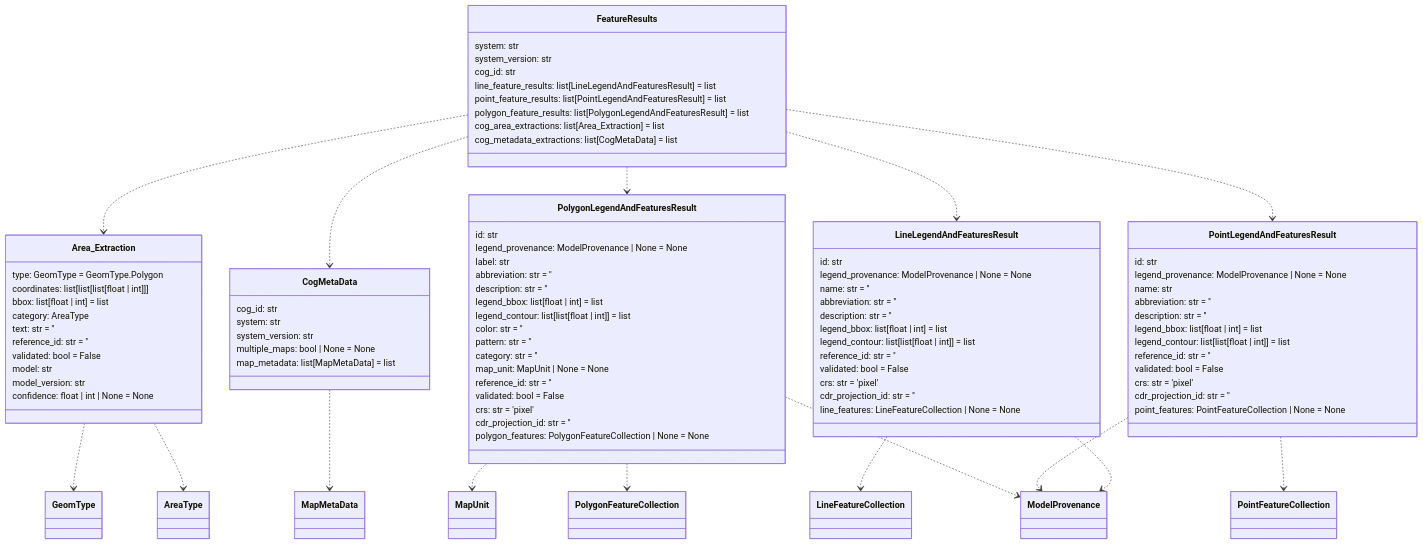
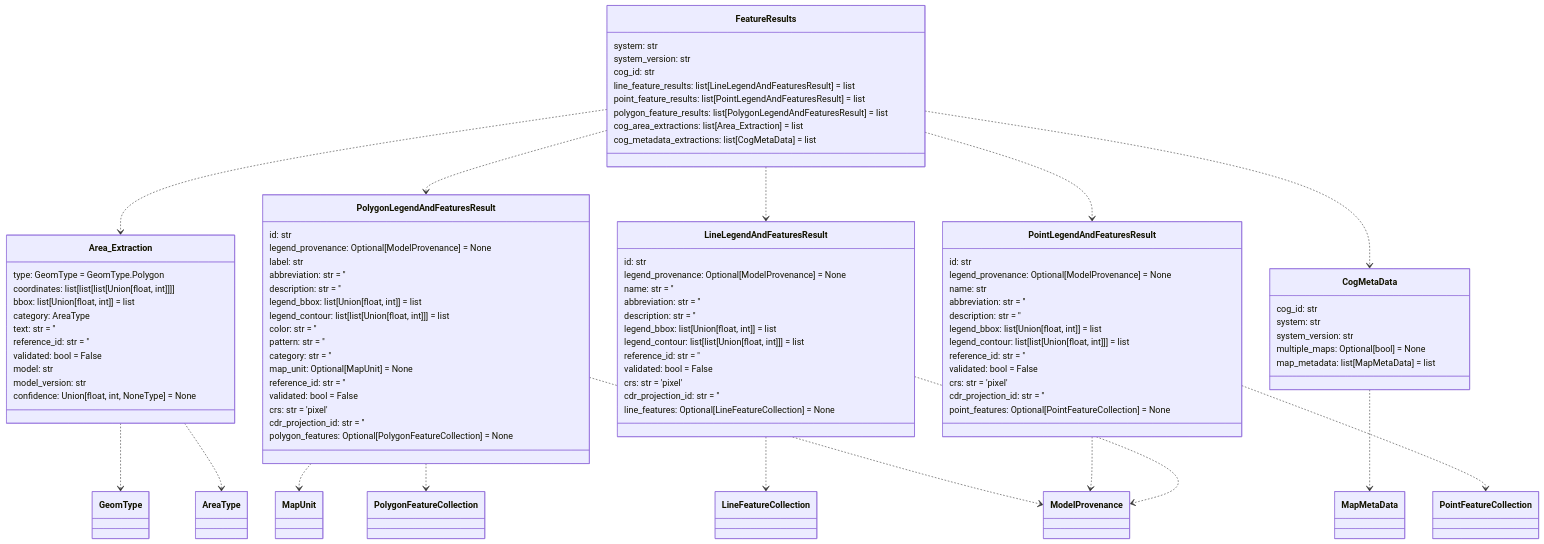
Before and after one commit to DARPA-CRITICALMAAS/cdr_schemas: the fourth of 14 diagrams in README.md, drawn with Mermaid. The commit also changed other lines of this file and 2 other files, not shown here.

````diff
--- a/README.md
+++ b/README.md
@@ -258,60 +258,5 @@
 ```mermaid
 classDiagram
-
-    class PolygonLegendAndFeaturesResult {
-        id: str
-        legend_provenance: ModelProvenance | None = None
-        label: str
-        abbreviation: str = ''
-        description: str = ''
-        legend_bbox: list[float | int] = list
-        legend_contour: list[list[float | int]] = list
-        color: str = ''
-        pattern: str = ''
-        category: str = ''
-        map_unit: MapUnit | None = None
-        reference_id: str = ''
-        validated: bool = False
-        crs: str = 'pixel'
-        cdr_projection_id: str = ''
-        polygon_features: PolygonFeatureCollection | None = None
-    }
-
-    class Area_Extraction {
-        type: GeomType = GeomType.Polygon
-        coordinates: list[list[list[float | int]]]
-        bbox: list[float | int] = list
-        category: AreaType
-        text: str = ''
-        reference_id: str = ''
-        validated: bool = False
-        model: str
-        model_version: str
-        confidence: float | int | None = None
-    }
-
-    class CogMetaData {
-        cog_id: str
-        system: str
-        system_version: str
-        multiple_maps: bool | None = None
-        map_metadata: list[MapMetaData] = list
-    }
-
-    class LineLegendAndFeaturesResult {
-        id: str
-        legend_provenance: ModelProvenance | None = None
-        name: str = ''
-        abbreviation: str = ''
-        description: str = ''
-        legend_bbox: list[float | int] = list
-        legend_contour: list[list[float | int]] = list
-        reference_id: str = ''
-        validated: bool = False
-        crs: str = 'pixel'
-        cdr_projection_id: str = ''
-        line_features: LineFeatureCollection | None = None
-    }
 
     class FeatureResults {
         system: str
@@ -324,35 +269,90 @@
         cog_metadata_extractions: list[CogMetaData] = list
     }
 
-    class PointLegendAndFeaturesResult {
+    class Area_Extraction {
+        type: GeomType = GeomType.Polygon
+        coordinates: list[list[list[Union[float, int]]]]
+        bbox: list[Union[float, int]] = list
+        category: AreaType
+        text: str = ''
+        reference_id: str = ''
+        validated: bool = False
+        model: str
+        model_version: str
+        confidence: Union[float, int, NoneType] = None
+    }
+
+    class PolygonLegendAndFeaturesResult {
         id: str
-        legend_provenance: ModelProvenance | None = None
-        name: str
+        legend_provenance: Optional[ModelProvenance] = None
+        label: str
         abbreviation: str = ''
         description: str = ''
-        legend_bbox: list[float | int] = list
-        legend_contour: list[list[float | int]] = list
+        legend_bbox: list[Union[float, int]] = list
+        legend_contour: list[list[Union[float, int]]] = list
+        color: str = ''
+        pattern: str = ''
+        category: str = ''
+        map_unit: Optional[MapUnit] = None
         reference_id: str = ''
         validated: bool = False
         crs: str = 'pixel'
         cdr_projection_id: str = ''
-        point_features: PointFeatureCollection | None = None
+        polygon_features: Optional[PolygonFeatureCollection] = None
+    }
+
+    class CogMetaData {
+        cog_id: str
+        system: str
+        system_version: str
+        multiple_maps: Optional[bool] = None
+        map_metadata: list[MapMetaData] = list
+    }
+
+    class PointLegendAndFeaturesResult {
+        id: str
+        legend_provenance: Optional[ModelProvenance] = None
+        name: str
+        abbreviation: str = ''
+        description: str = ''
+        legend_bbox: list[Union[float, int]] = list
+        legend_contour: list[list[Union[float, int]]] = list
+        reference_id: str = ''
+        validated: bool = False
+        crs: str = 'pixel'
+        cdr_projection_id: str = ''
+        point_features: Optional[PointFeatureCollection] = None
+    }
+
+    class LineLegendAndFeaturesResult {
+        id: str
+        legend_provenance: Optional[ModelProvenance] = None
+        name: str = ''
+        abbreviation: str = ''
+        description: str = ''
+        legend_bbox: list[Union[float, int]] = list
+        legend_contour: list[list[Union[float, int]]] = list
+        reference_id: str = ''
+        validated: bool = False
+        crs: str = 'pixel'
+        cdr_projection_id: str = ''
+        line_features: Optional[LineFeatureCollection] = None
     }
 
     Area_Extraction ..> GeomType
     Area_Extraction ..> AreaType
     LineLegendAndFeaturesResult ..> LineFeatureCollection
     LineLegendAndFeaturesResult ..> ModelProvenance
+    PointLegendAndFeaturesResult ..> ModelProvenance
     PointLegendAndFeaturesResult ..> PointFeatureCollection
-    PointLegendAndFeaturesResult ..> ModelProvenance
     PolygonLegendAndFeaturesResult ..> ModelProvenance
     PolygonLegendAndFeaturesResult ..> MapUnit
     PolygonLegendAndFeaturesResult ..> PolygonFeatureCollection
     CogMetaData ..> MapMetaData
     FeatureResults ..> Area_Extraction
-    FeatureResults ..> CogMetaData
     FeatureResults ..> PolygonLegendAndFeaturesResult
     FeatureResults ..> LineLegendAndFeaturesResult
+    FeatureResults ..> CogMetaData
     FeatureResults ..> PointLegendAndFeaturesResult
 
 
````
